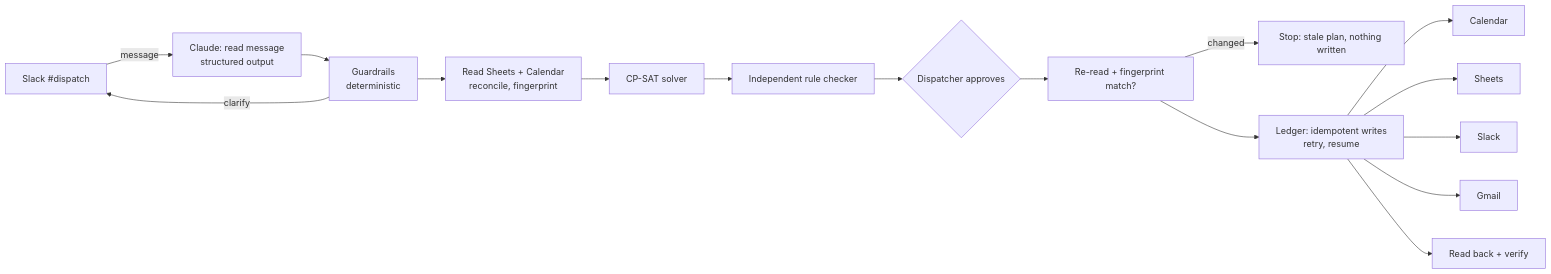
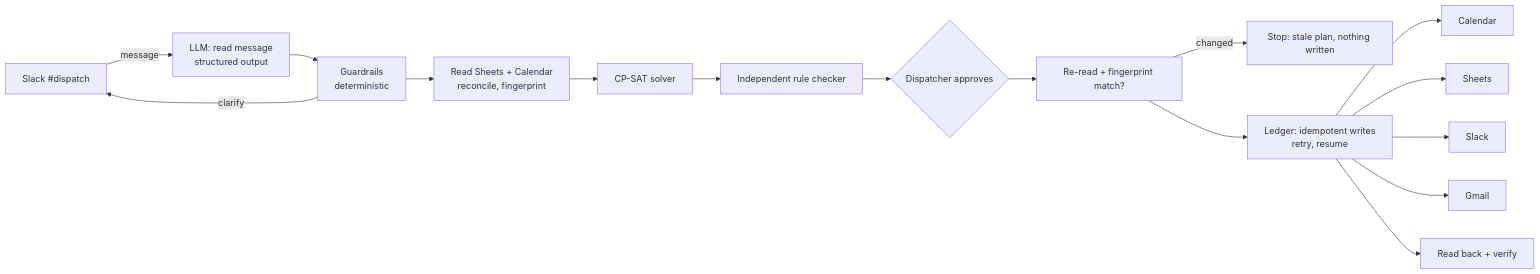
One commit to anirxdh/second-shift changed the diagram in docs/BRIEF.md. Above: the diagram before and after it, drawn with Mermaid. The commit also changed other lines of this file and 10 other files, not shown here.

````diff
--- a/docs/BRIEF.md
+++ b/docs/BRIEF.md
@@ -19,15 +19,15 @@
 ```mermaid
 flowchart LR
-  S[Slack #dispatch] -->|message| P[Claude: read message<br/>structured output]
+  S[Slack #dispatch] -->|message| P[LLM: read message<br/>structured output]
   P --> G[Guardrails<br/>deterministic]
   G -->|clarify| S
   G --> R[Read Sheets + Calendar<br/>reconcile, fingerprint]
   R --> O[CP-SAT solver]
   O --> V[Independent rule checker]
   V --> A{Dispatcher approves}
   A --> F[Re-read + fingerprint match?]
   F -->|changed| X[Stop: stale plan, nothing written]
   F --> L[Ledger: idempotent writes<br/>retry, resume]
   L --> C[Calendar] & SH[Sheets] & SL[Slack] & GM[Gmail]
   L --> RB[Read back + verify]
 ```
````
